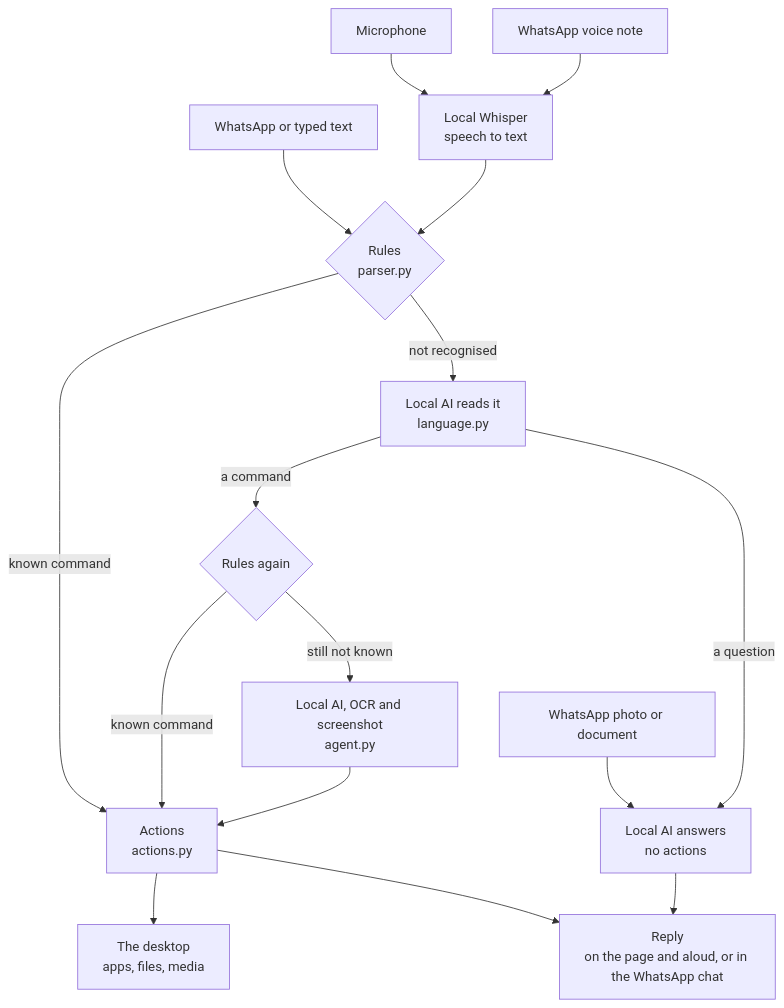
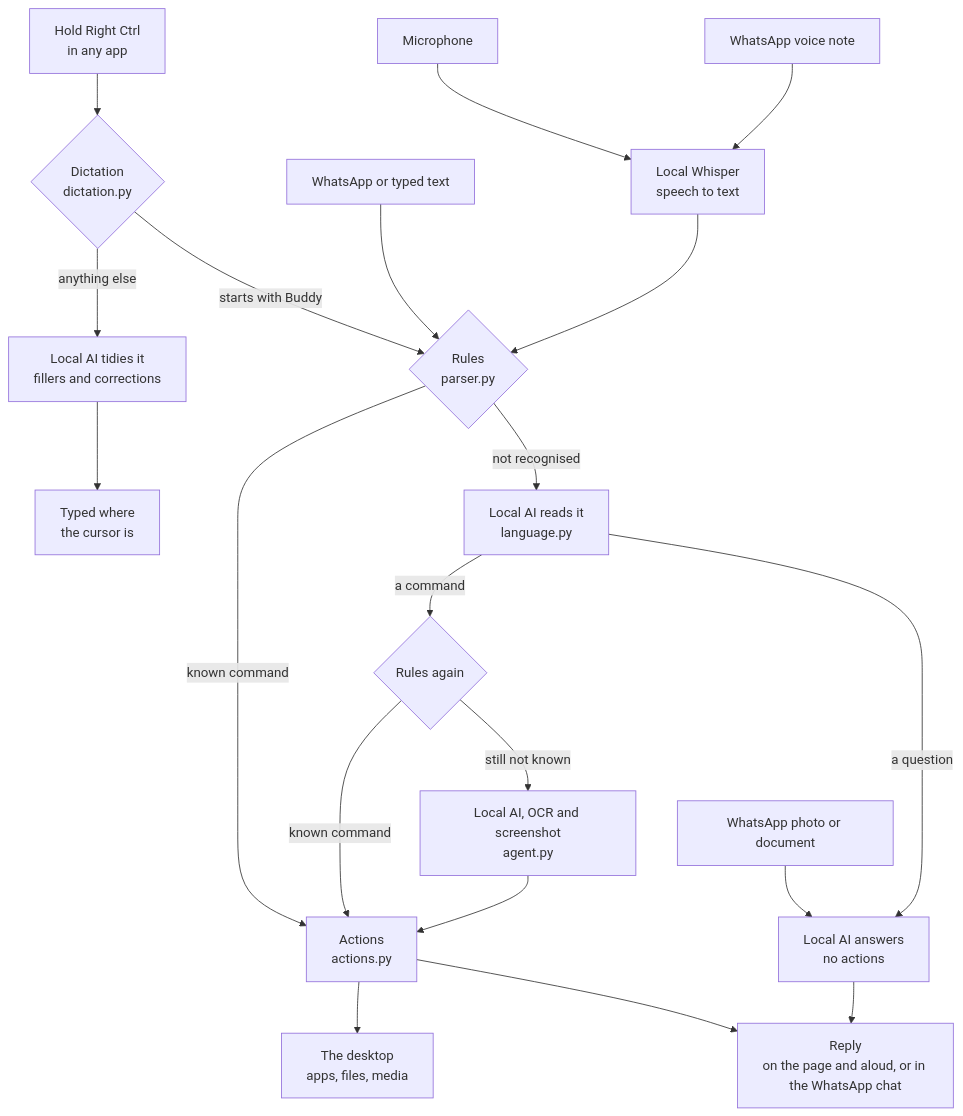
Before and after one commit to tejavadlamudi03/buddy: the diagram in README.md, drawn with Mermaid. The commit also changed other lines of this file and 43 other files, not shown here.

First line of the commit message:
Add dictation in any app, Windows support, and a comparison in the README

````diff
--- a/README.md
+++ b/README.md
@@ -446,18 +546,22 @@
 ```mermaid
 flowchart TD
     mic["Microphone"] --> whisper["Local Whisper<br/>speech to text"]
+    key["Hold Right Ctrl<br/>in any app"] --> dictation{"Dictation<br/>dictation.py"}
+    dictation -- "starts with Buddy" --> rules
+    dictation -- "anything else" --> tidy["Local AI tidies it<br/>fillers and corrections"]
+    tidy --> typed["Typed where<br/>the cursor is"]
     note["WhatsApp voice note"] --> whisper
     text["WhatsApp or typed text"] --> rules
     file["WhatsApp photo or document"] --> talk
     whisper --> rules{"Rules<br/>parser.py"}
     rules -- "known command" --> actions["Actions<br/>actions.py"]
     rules -- "not recognised" --> language["Local AI reads it<br/>language.py"]
     language -- "a question" --> talk["Local AI answers<br/>no actions"]
     language -- "a command" --> again{"Rules again"}
     again -- "known command" --> actions
     again -- "still not known" --> agent["Local AI, OCR and screenshot<br/>agent.py"]
     agent --> actions
     actions --> desktop["The desktop<br/>apps, files, media"]
     actions --> reply["Reply<br/>on the page and aloud, or in the WhatsApp chat"]
     talk --> reply
 ```
````
